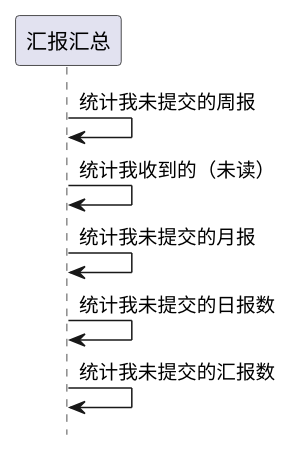
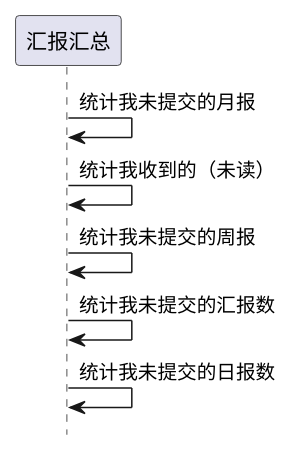
One commit to zj335841911/nt_chandao changed the first of 2 diagrams in ibizpms-docs/src/main/doc/v1/module/report/IbzReport_old.md. Above: the diagram before and after it, drawn with PlantUML. The commit also changed other lines of this file and 2125 other files, not shown here.

```diff
--- a/ibizpms-docs/src/main/doc/v1/module/report/IbzReport_old.md
+++ b/ibizpms-docs/src/main/doc/v1/module/report/IbzReport_old.md
@@ -103,9 +103,9 @@
 {% plantuml %}
 hide footbox
 
+汇报汇总 -> 汇报汇总: 统计我未提交的月报
+汇报汇总 -> 汇报汇总: 统计我收到的（未读）
 汇报汇总 -> 汇报汇总: 统计我未提交的周报
-汇报汇总 -> 汇报汇总: 统计我收到的（未读）
-汇报汇总 -> 汇报汇总: 统计我未提交的月报
+汇报汇总 -> 汇报汇总: 统计我未提交的汇报数
 汇报汇总 -> 汇报汇总: 统计我未提交的日报数
-汇报汇总 -> 汇报汇总: 统计我未提交的汇报数
 {% endplantuml %}
```
